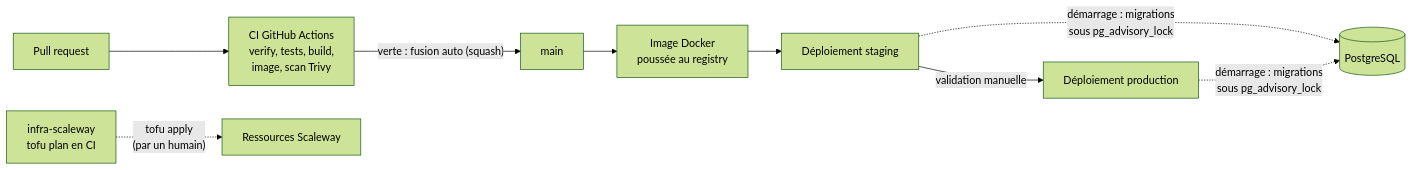
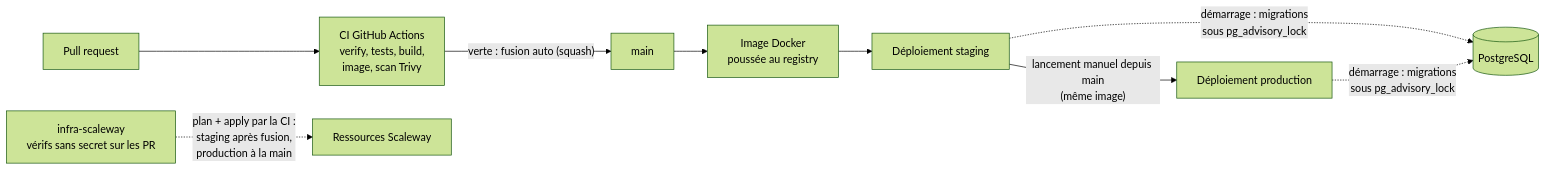
Before and after one commit to soodidi/engineering-guidelines: the fourth of 10 diagrams in docs/architecture.md, drawn with Mermaid (forest theme). The commit also changed 8 other files, not shown here.

First line of the commit message:
docs(adr): deploy production by a manual run from main (OPS-002, OPS-004) (#51)

````diff
--- a/docs/architecture.md
+++ b/docs/architecture.md
@@ -102,11 +102,11 @@
 ```mermaid
 flowchart LR
   PR["Pull request"] --> CI["CI GitHub Actions<br/>verify, tests, build,<br/>image, scan Trivy"]
   CI -- "verte : fusion auto (squash)" --> MAIN["main"]
   MAIN --> IMG["Image Docker<br/>poussée au registry"]
   IMG --> STG["Déploiement staging"]
-  STG -- "validation manuelle" --> PROD["Déploiement production"]
+  STG -- "lancement manuel depuis main<br/>(même image)" --> PROD["Déploiement production"]
   STG & PROD -. "démarrage : migrations<br/>sous pg_advisory_lock" .-> DB[("PostgreSQL")]
 
-  TF["infra-scaleway<br/>tofu plan en CI"] -. "tofu apply<br/>(par un humain)" .-> SCW["Ressources Scaleway"]
+  TF["infra-scaleway<br/>vérifs sans secret sur les PR"] -. "plan + apply par la CI :<br/>staging après fusion,<br/>production à la main" .-> SCW["Ressources Scaleway"]
 ```
````
